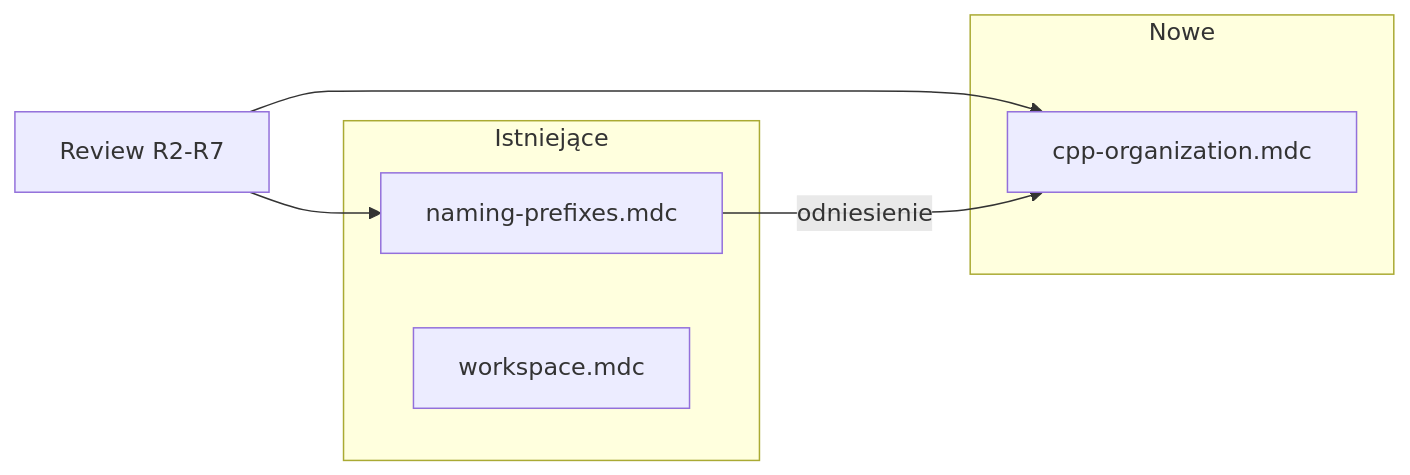
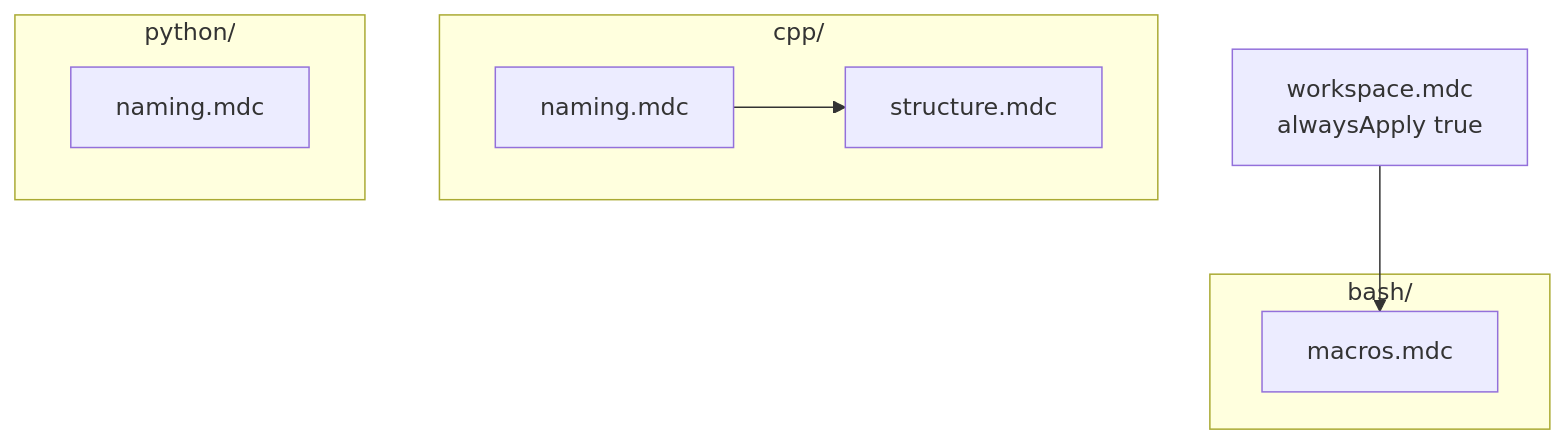
Before and after one commit to bafaurazan/ros2_projects_ws: the diagram in .cursor/plans/c++_rules_update_7832f176.plan.md, drawn with Mermaid. The commit also changed other lines of this file and 6 other files, not shown here.

````diff
--- a/.cursor/plans/c++_rules_update_7832f176.plan.md
+++ b/.cursor/plans/c++_rules_update_7832f176.plan.md
@@ -33,13 +50,16 @@
 ```mermaid
-flowchart LR
-    subgraph existing [Istniejące]
-        NP[naming-prefixes.mdc]
-        WS[workspace.mdc]
+flowchart TB
+    WS["workspace.mdc\nalwaysApply true"]
+    subgraph bash_dir [bash/]
+        BM[macros.mdc]
     end
-    subgraph new_rule [Nowe]
-        CO[cpp-organization.mdc]
+    subgraph cpp_dir [cpp/]
+        CN[naming.mdc]
+        CS[structure.mdc]
     end
-    Review[Review R2-R7] --> NP
-    Review --> CO
-    NP -->|"odniesienie"| CO
+    subgraph python_dir [python/]
+        PN[naming.mdc]
+    end
+    WS --> BM
+    CN --> CS
 ```
````
